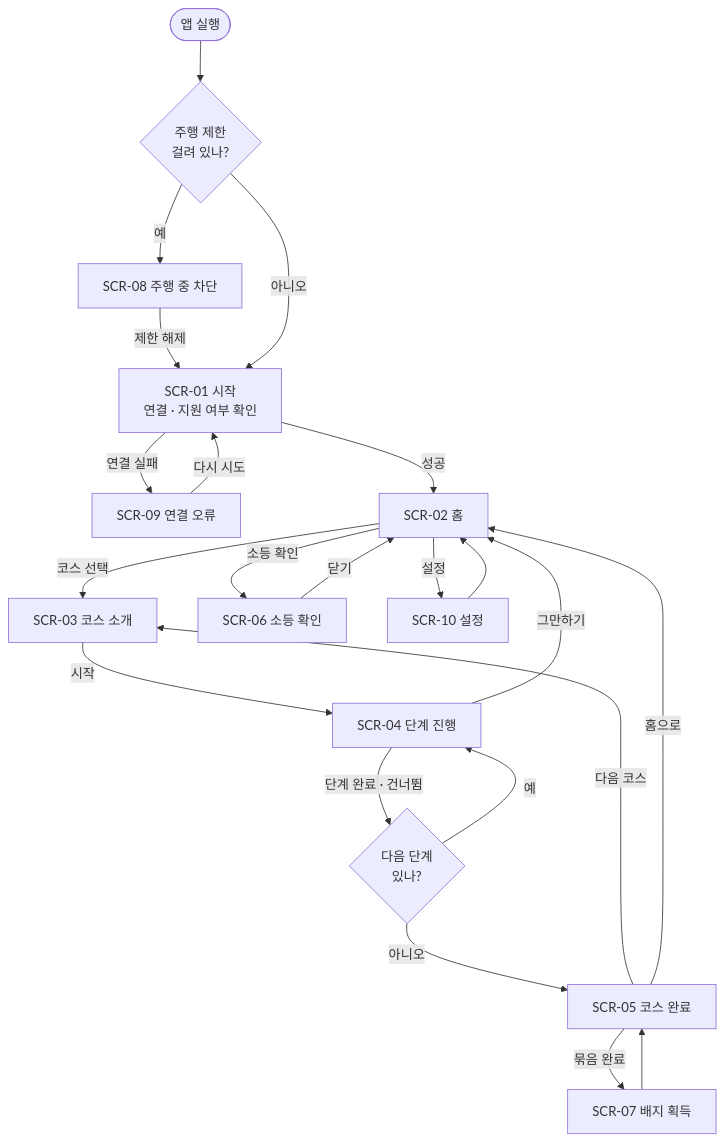
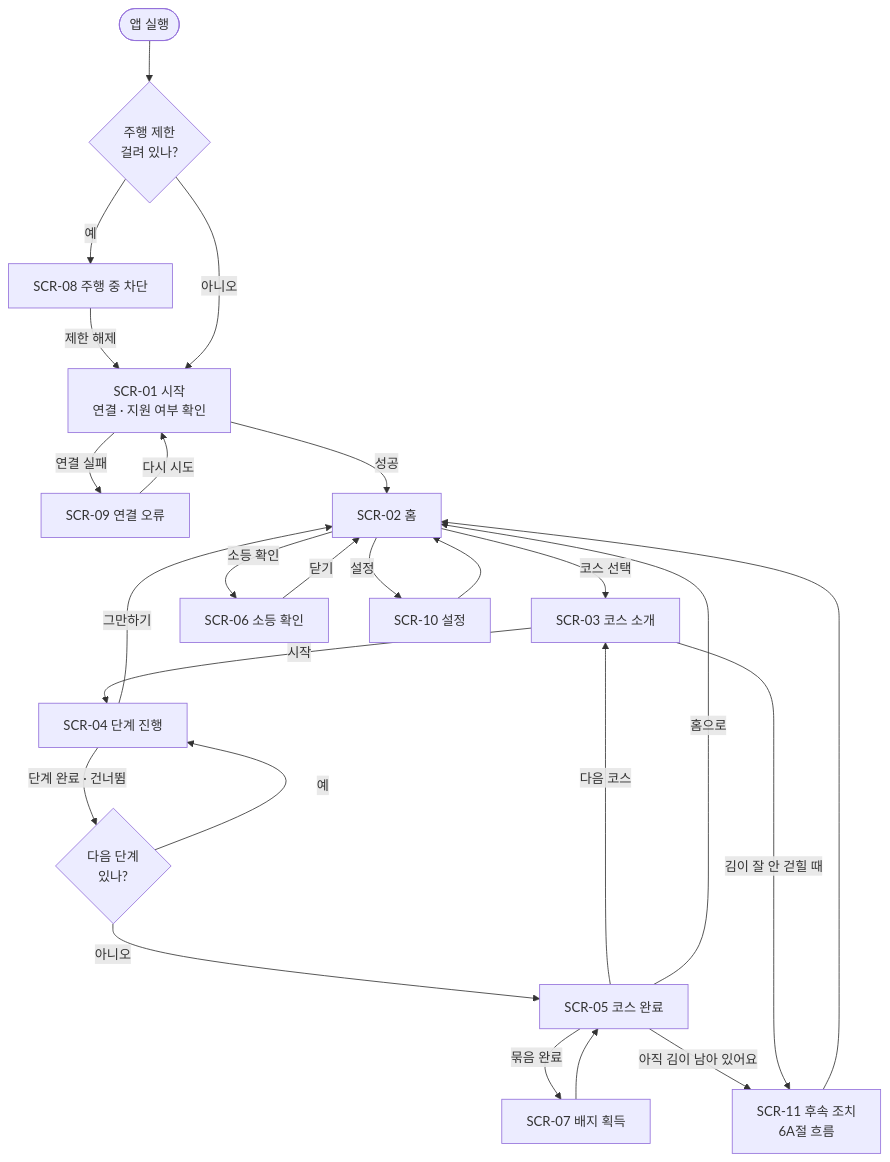
The first of 6 diagrams in docs/04-user-flow.md (Hyundai-App-Challenge/first-ride), drawn with Mermaid before and after one commit. The commit also changed other lines of this file and 5 other files, not shown here.

````diff
--- a/docs/04-user-flow.md
+++ b/docs/04-user-flow.md
@@ -26,24 +28,27 @@
 ```mermaid
 flowchart TD
     A([앱 실행]) --> B{주행 제한<br/>걸려 있나?}
     B -- 예 --> S08[SCR-08 주행 중 차단]
     S08 -- 제한 해제 --> S01
     B -- 아니오 --> S01[SCR-01 시작<br/>연결 · 지원 여부 확인]
     S01 -- 연결 실패 --> S09[SCR-09 연결 오류]
     S09 -- 다시 시도 --> S01
     S01 -- 성공 --> S02[SCR-02 홈]
     S02 -- 코스 선택 --> S03[SCR-03 코스 소개]
     S03 -- 시작 --> S04[SCR-04 단계 진행]
     S04 -- 단계 완료 · 건너뜀 --> N{다음 단계<br/>있나?}
     N -- 예 --> S04
     N -- 아니오 --> S05[SCR-05 코스 완료]
     S05 -- 묶음 완료 --> S07[SCR-07 배지 획득]
     S07 --> S05
     S05 -- 다음 코스 --> S03
     S05 -- 홈으로 --> S02
+    S05 -- 아직 김이 남아 있어요 --> S11[SCR-11 후속 조치<br/>6A절 흐름]
+    S03 -- 김이 잘 안 걷힐 때 --> S11
+    S11 --> S02
     S04 -- 그만하기 --> S02
     S02 -- 소등 확인 --> S06[SCR-06 소등 확인]
     S06 -- 닫기 --> S02
     S02 -- 설정 --> S10[SCR-10 설정]
     S10 --> S02
 ```
````
